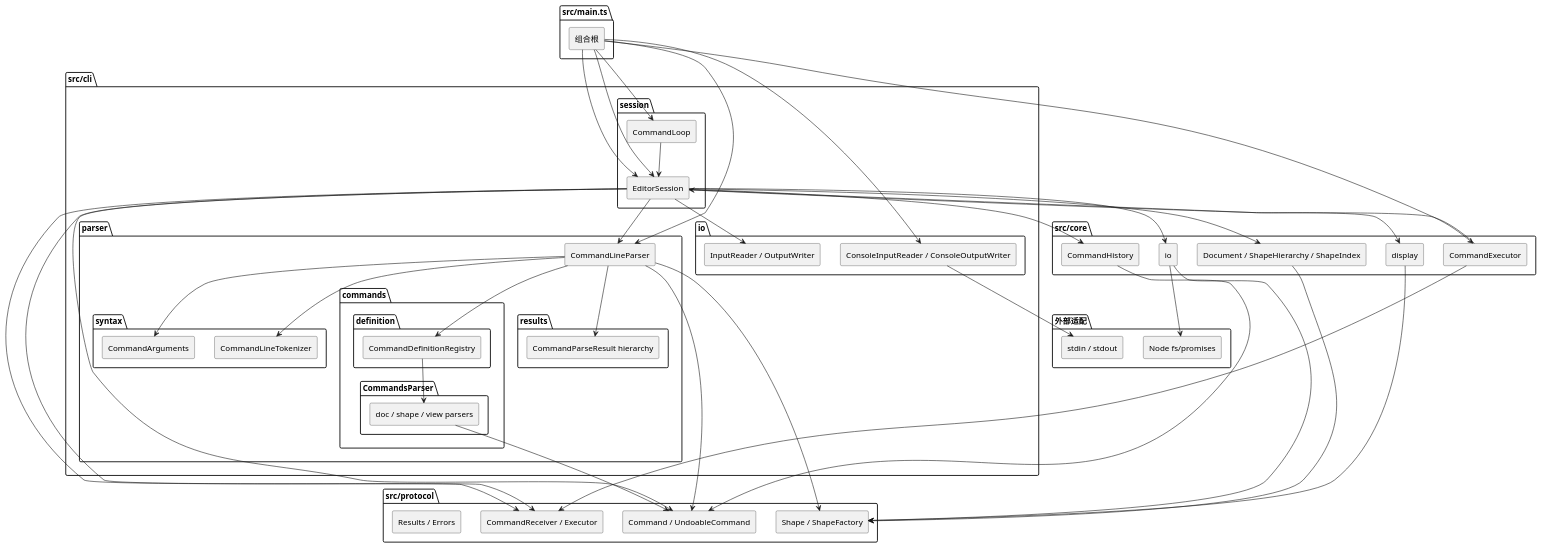
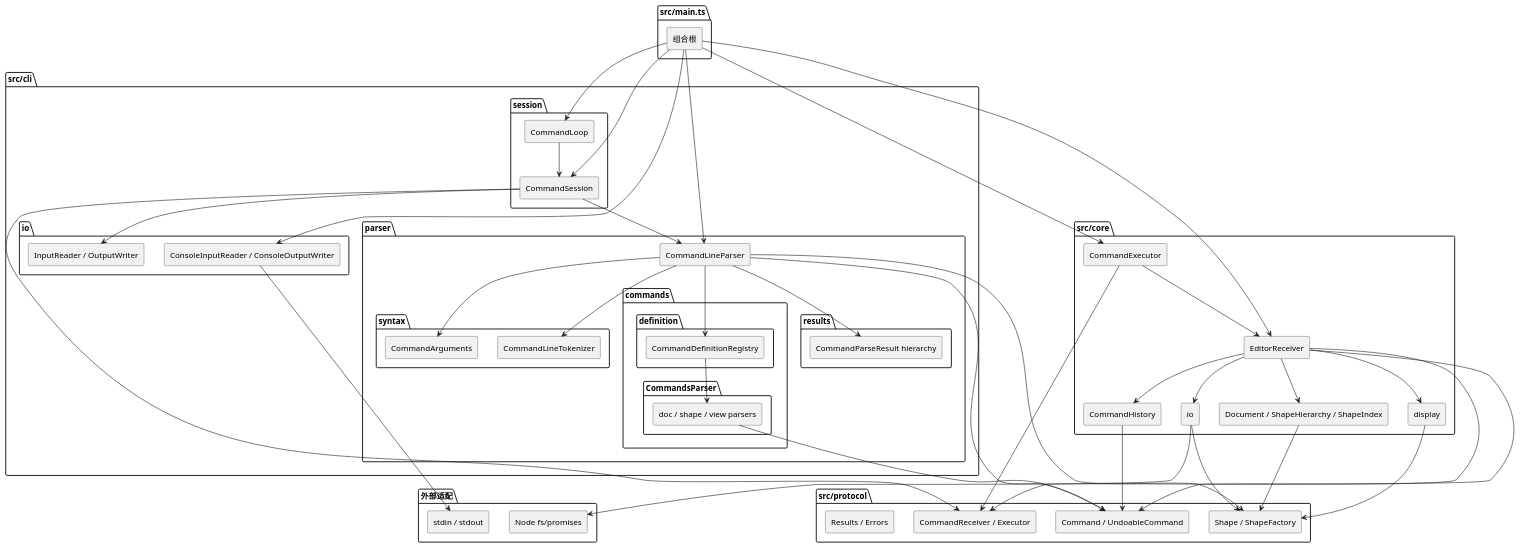
One commit to zhao-jingyan/SVG-Editor changed the diagram in doc/README.md. Above: the diagram before and after it, drawn with PlantUML. The commit also changed other lines of this file and 11 other files, not shown here.

Commit message:
refactor(core): 将 EditorSession 重命名为 EditorReceiver

```diff
--- a/doc/README.md
+++ b/doc/README.md
@@ -76,7 +76,7 @@
 
 package "src/core" {
   [CommandExecutor] as Executor
-  [EditorSession] as Session
+  [EditorReceiver] as Receiver
   [Document / ShapeHierarchy / ShapeIndex] as Document
   [CommandHistory] as History
   [display] as Display
@@ -89,7 +89,7 @@
 }
 
 Main --> Loop
-Main --> Session
+Main --> Receiver
 Main --> Parser
 Main --> Console
 Main --> Executor
@@ -107,13 +107,13 @@
 Parser --> Command
 Parser --> Shapes
 Executor --> Ports
-Executor --> Session
-Session --> Ports
-Session --> Command
-Session --> Document
-Session --> History
-Session --> Display
-Session --> IO
+Executor --> Receiver
+Receiver --> Ports
+Receiver --> Command
+Receiver --> Document
+Receiver --> History
+Receiver --> Display
+Receiver --> IO
 Document --> Shapes
 History --> Command
 Display --> Shapes
```
